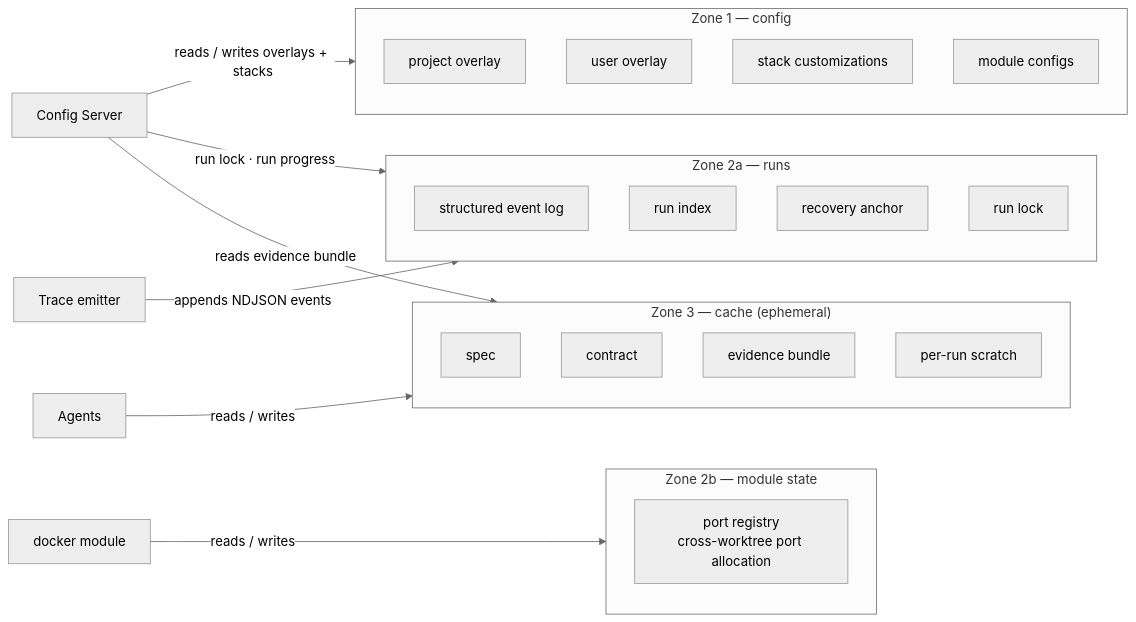
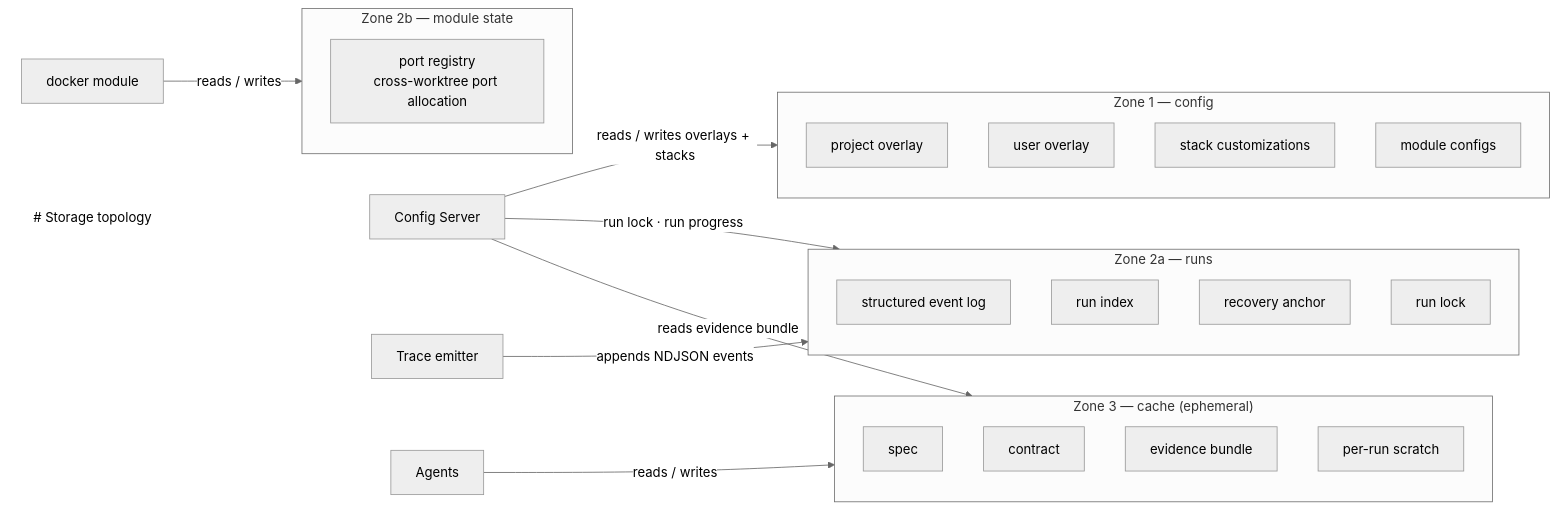
Before and after one commit to Thomas-AppForceOne/ClaudeAgents: the fourth of 5 diagrams in documentation/subsystem-architecture.md, drawn with Mermaid (neutral theme). The commit also changed other lines of this file, not shown here.

First line of the commit message:
docs: restore in-diagram titles using backtick markdown nodes, fix sequence note

````diff
--- a/documentation/subsystem-architecture.md
+++ b/documentation/subsystem-architecture.md
@@ -146,43 +157,47 @@
 ```mermaid
 flowchart LR
+    TITLE["`# Storage topology`"]
+    style TITLE fill:none,stroke:none
+
     subgraph Z1["Zone 1 — config"]
         direction TB
         OVP["project overlay"]
         OVU["user overlay"]
         CST["stack customizations"]
         CMC["module configs"]
     end
 
     subgraph Z2R["Zone 2a — runs"]
         direction TB
         RT["structured event log"]
         RI["run index"]
         RA["recovery anchor"]
         RL["run lock"]
     end
 
     subgraph Z2M["Zone 2b — module state"]
         direction TB
         PR["port registry\ncross-worktree port allocation"]
     end
 
     subgraph Z3["Zone 3 — cache (ephemeral)"]
         direction TB
         SP["spec"]
         CO["contract"]
         EB["evidence bundle"]
         SC["per-run scratch"]
     end
 
     CS["Config Server"]
     TR["Trace emitter"]
     DK["docker module"]
     AG["Agents"]
 
+    TITLE ~~~ CS
     CS -->|"reads / writes overlays + stacks"| Z1
     CS -->|"run lock · run progress"| Z2R
     TR -->|"appends NDJSON events"| Z2R
     DK -->|"reads / writes"| Z2M
     AG -->|"reads / writes"| Z3
     CS -->|"reads evidence bundle"| Z3
 ```
````
